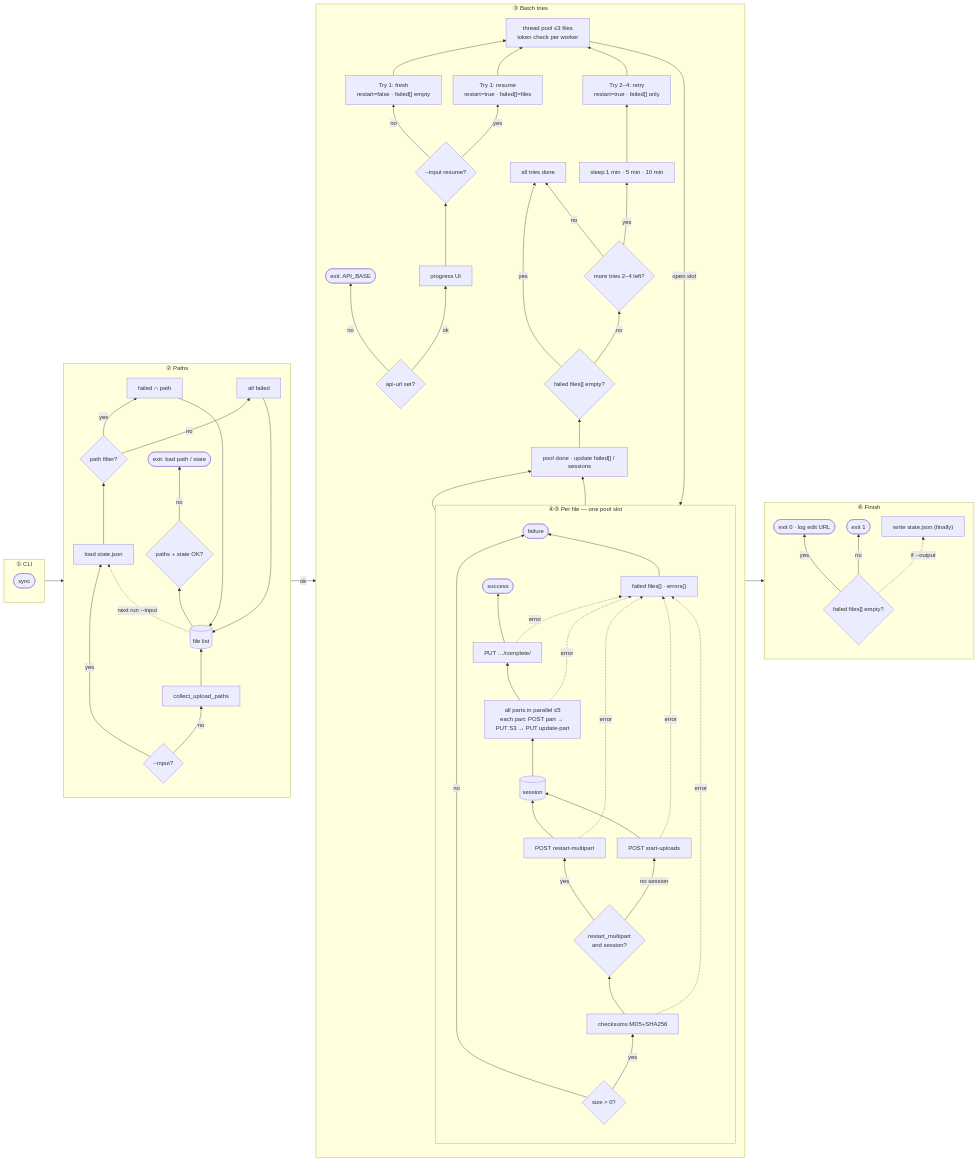
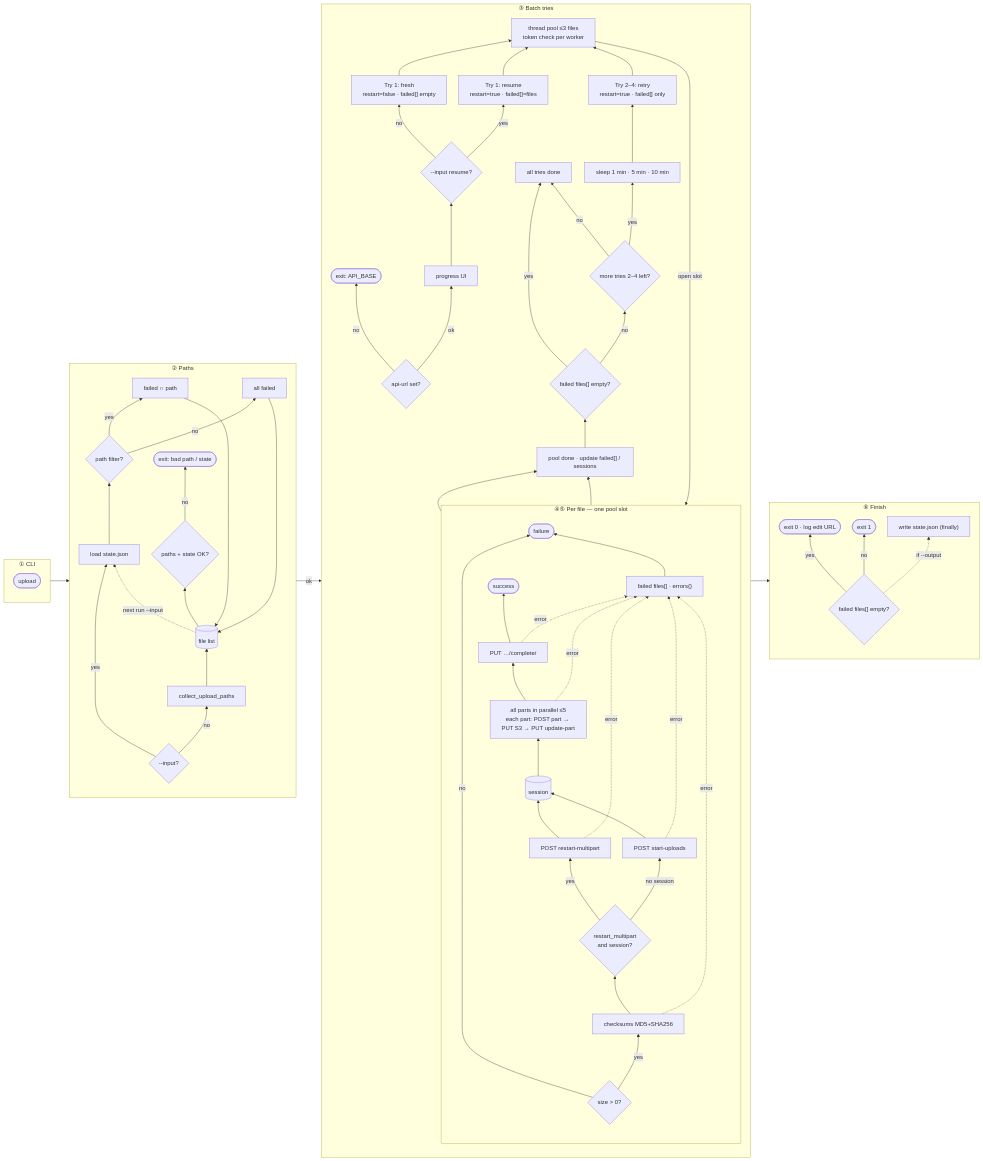
Before and after one commit to gfbio/gfbio-data-submission: the sixth of 6 diagrams in scripts/gfbio_submissions_upload_progress_flow.md, drawn with Mermaid. The commit also changed other lines of this file and 2 other files, not shown here.

````diff
--- a/scripts/gfbio_submissions_upload_progress_flow.md
+++ b/scripts/gfbio_submissions_upload_progress_flow.md
@@ -338,83 +336,83 @@
 ```mermaid
 %%{init: {'flowchart': {'nodeSpacing': 32, 'rankSpacing': 52, 'curve': 'basis'}}}%%
 flowchart LR
 
     subgraph C1["① CLI"]
         direction BT
-        RUN(["sync"])
+        RUN(["upload"])
     end
 
     subgraph C2["② Paths"]
         direction BT
         INP{"--input?"}
         INP -->|no| FRESH["collect_upload_paths"]
         INP -->|yes| LOAD["load state.json"]
         LOAD --> FP{"path filter?"}
         FP -->|yes| SUB["failed ∩ path"]
         FP -->|no| ALL["all failed"]
         FRESH --> FLIST[("file list")]
         SUB --> FLIST
         ALL --> FLIST
         FLIST --> ROK{"paths + state OK?"}
         ROK -->|no| DIE_PATH(["exit: bad path / state"])
     end
 
     subgraph C3["③ Batch tries"]
         direction BT
         APIURL{"api-url set?"}
         APIURL -->|no| DIE_API(["exit: API_BASE"])
         APIURL -->|ok| PROG["progress UI"]
         PROG --> T1IN{"--input resume?"}
         T1IN -->|no| T1F["Try 1: fresh<br/>restart=false · failed[] empty"]
         T1IN -->|yes| T1R["Try 1: resume<br/>restart=true · failed[]=files"]
         T1F --> POOL["thread pool ≤3 files<br/>token check per worker"]
         T1R --> POOL
 
         subgraph ONEFILE["④⑤ Per file — one pool slot"]
             direction BT
             SZ{"size > 0?"}
             SZ -->|no| FFAIL(["failure"])
             SZ -->|yes| HASH["checksums MD5+SHA256"]
             HASH --> API{"restart_multipart<br/>and session?"}
             API -->|yes| RESTART["POST restart-multipart"]
             API -->|no session| START["POST start-uploads"]
             RESTART --> SESS[("session")]
             START --> SESS
             SESS --> PARTS["all parts in parallel ≤5<br/>each part: POST part → PUT S3 → PUT update-part"]
             PARTS --> COMP["PUT …/complete/"]
             COMP --> OK(["success"])
             HASH -.->|error| FERR
             RESTART -.->|error| FERR
             START -.->|error| FERR
             PARTS -.->|error| FERR
             COMP -.->|error| FERR
             FERR["failed files[] · errors{}"]
             FERR --> FFAIL
         end
 
         POOL -->|"open slot"| SZ
         OK --> TRY_DONE["pool done · update failed[] / sessions"]
         FFAIL --> TRY_DONE
         TRY_DONE --> LOOPCHK{"failed files[] empty?"}
         LOOPCHK -->|yes| BATCH_END["all tries done"]
         LOOPCHK -->|no| MORETRY{"more tries 2–4 left?"}
         MORETRY -->|yes| WAIT["sleep 1 min · 5 min · 10 min"]
         WAIT --> TRY24["Try 2–4: retry<br/>restart=true · failed[] only"]
         TRY24 --> POOL
         MORETRY -->|no| BATCH_END
     end
 
     subgraph C6["⑥ Finish"]
         direction BT
         EXITCHK{"failed files[] empty?"}
         EXITCHK -->|yes| E0(["exit 0 · log edit URL"])
         EXITCHK -->|no| E1(["exit 1"])
         EXITCHK -.->|if --output| STATE["write state.json (finally)"]
     end
 
     RUN --> INP
     ROK -->|ok| APIURL
     BATCH_END --> EXITCHK
     FLIST -.->|next run --input| LOAD
 
 ```
````
